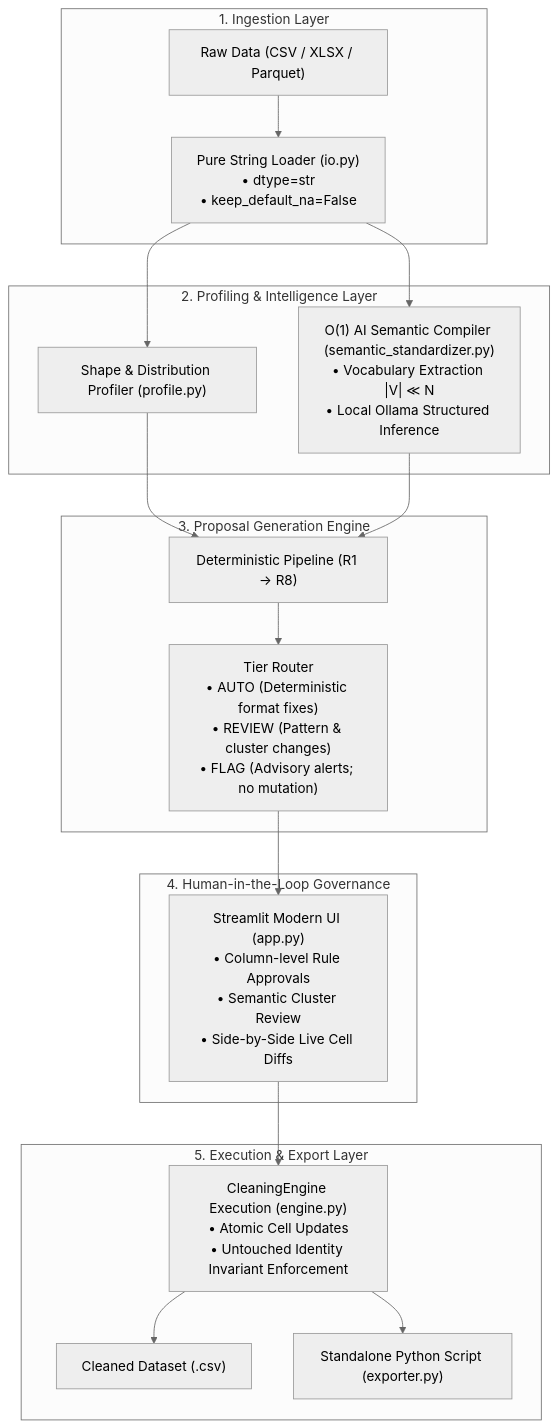
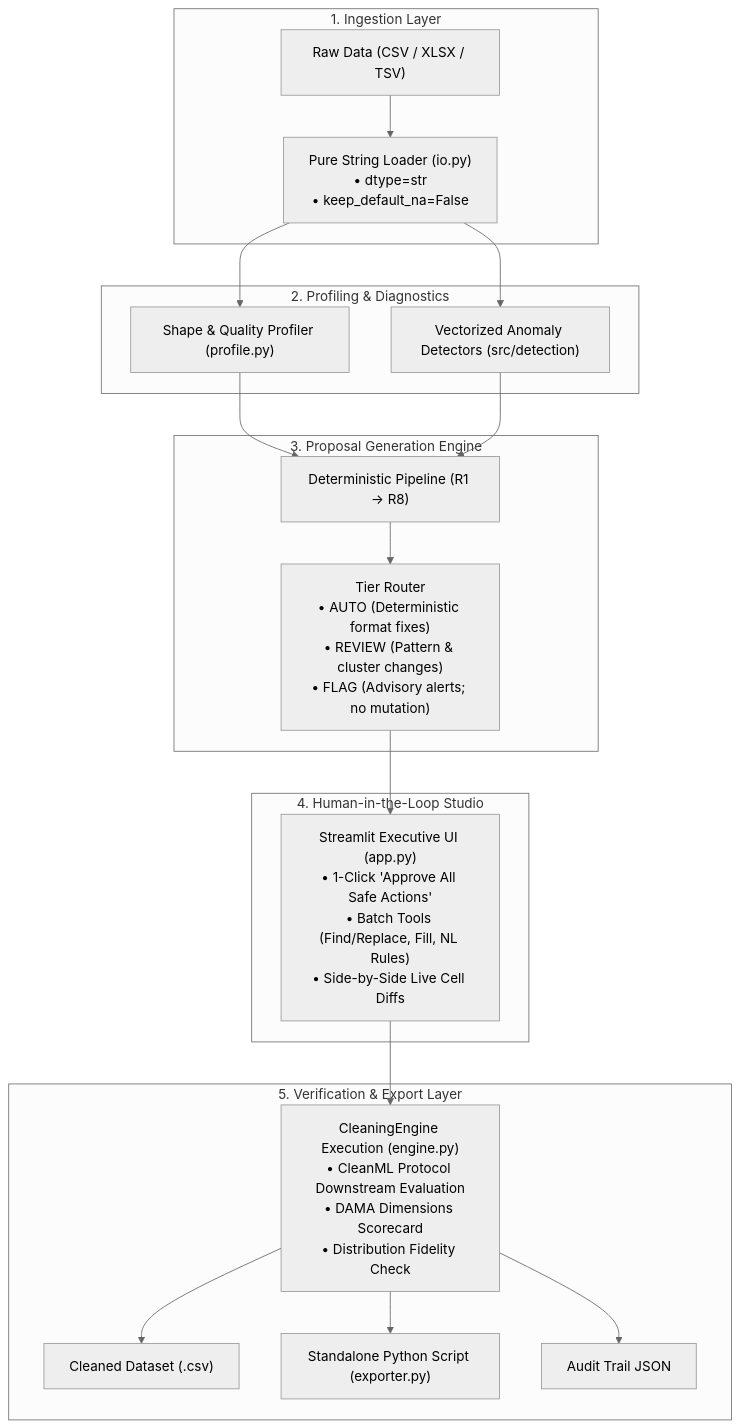
Before and after one commit to vedantrechwad/Intelligent-dataset-cleaning-system: the diagram in README.md, drawn with Mermaid (neutral theme). The commit also changed other lines of this file and 1 other file, not shown here.

Commit message:
docs: add comprehensive system guide and feature manual for AutoClean

````diff
--- a/README.md
+++ b/README.md
@@ -127,27 +145,28 @@
 ```mermaid
 flowchart TD
     subgraph S1["1. Ingestion Layer"]
-        A["Raw Data (CSV / XLSX / Parquet)"] --> B["Pure String Loader (io.py)<br/>• dtype=str<br/>• keep_default_na=False"]
+        A["Raw Data (CSV / XLSX / TSV)"] --> B["Pure String Loader (io.py)<br/>• dtype=str<br/>• keep_default_na=False"]
     end
 
-    subgraph S2["2. Profiling & Intelligence Layer"]
-        B --> C["Shape & Distribution Profiler (profile.py)"]
-        B --> D["O(1) AI Semantic Compiler (semantic_standardizer.py)<br/>• Vocabulary Extraction |V| ≪ N<br/>• Local Ollama Structured Inference"]
+    subgraph S2["2. Profiling & Diagnostics"]
+        B --> C["Shape & Quality Profiler (profile.py)"]
+        B --> D["Vectorized Anomaly Detectors (src/detection)"]
     end
 
     subgraph S3["3. Proposal Generation Engine"]
         C --> E["Deterministic Pipeline (R1 → R8)"]
         D --> E
         E --> F["Tier Router<br/>• AUTO (Deterministic format fixes)<br/>• REVIEW (Pattern & cluster changes)<br/>• FLAG (Advisory alerts; no mutation)"]
     end
 
-    subgraph S4["4. Human-in-the-Loop Governance"]
-        F --> G["Streamlit Modern UI (app.py)<br/>• Column-level Rule Approvals<br/>• Semantic Cluster Review<br/>• Side-by-Side Live Cell Diffs"]
+    subgraph S4["4. Human-in-the-Loop Studio"]
+        F --> G["Streamlit Executive UI (app.py)<br/>• 1-Click 'Approve All Safe Actions'<br/>• Batch Tools (Find/Replace, Fill, NL Rules)<br/>• Side-by-Side Live Cell Diffs"]
     end
 
-    subgraph S5["5. Execution & Export Layer"]
-        G --> H["CleaningEngine Execution (engine.py)<br/>• Atomic Cell Updates<br/>• Untouched Identity Invariant Enforcement"]
+    subgraph S5["5. Verification & Export Layer"]
+        G --> H["CleaningEngine Execution (engine.py)<br/>• CleanML Protocol Downstream Evaluation<br/>• DAMA Dimensions Scorecard<br/>• Distribution Fidelity Check"]
         H --> I["Cleaned Dataset (.csv)"]
         H --> J["Standalone Python Script (exporter.py)"]
+        H --> K["Audit Trail JSON"]
     end
 ```
````
